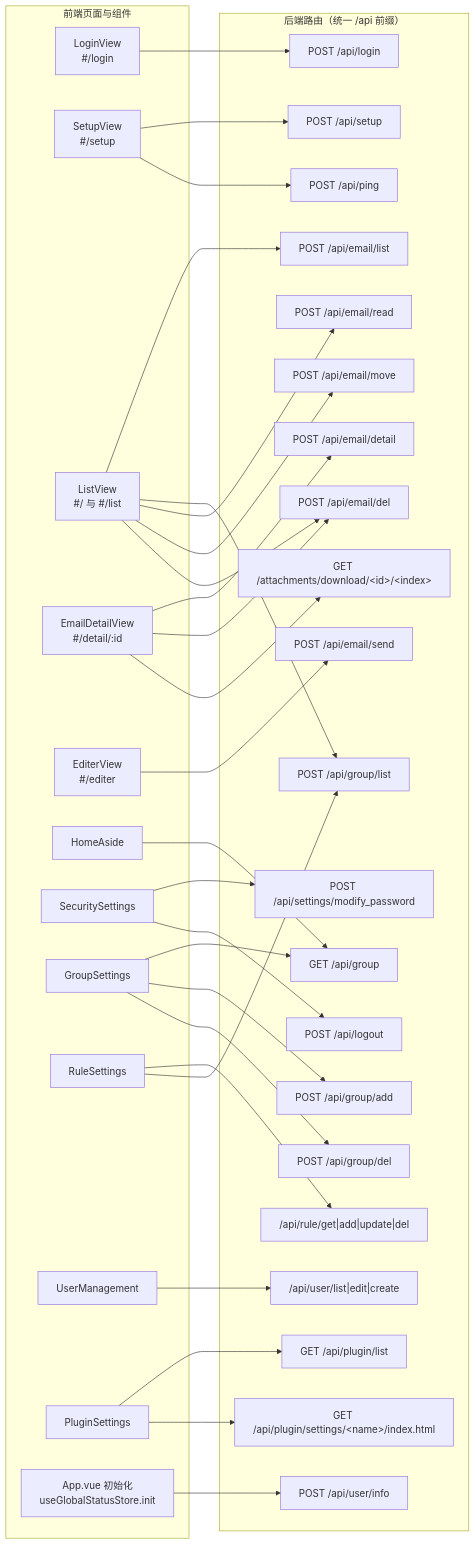
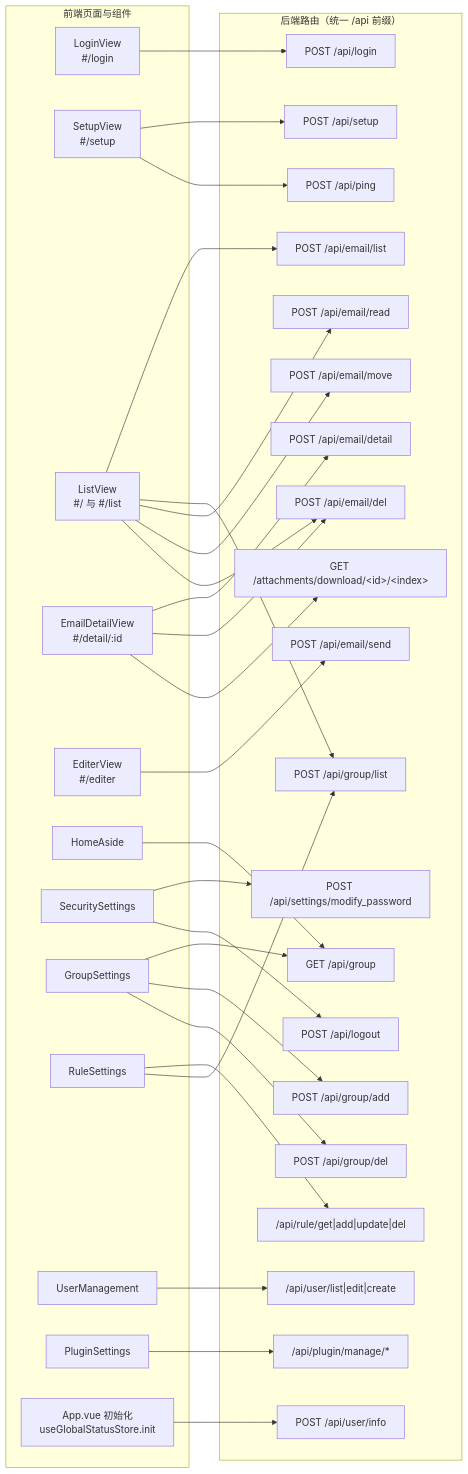
The diagram in docs/功能/06-前端应用.md (bambuo/PMail), drawn with Mermaid before and after one commit. The commit also changed other lines of this file and 80 other files, not shown here.

````diff
--- a/docs/功能/06-前端应用.md
+++ b/docs/功能/06-前端应用.md
@@ -157,66 +157,64 @@
 ```mermaid
 flowchart LR
   subgraph FE["前端页面与组件"]
     login["LoginView<br/>#/login"]
     setup["SetupView<br/>#/setup"]
     list["ListView<br/>#/ 与 #/list"]
     detail["EmailDetailView<br/>#/detail/:id"]
     editor["EditerView<br/>#/editer"]
     aside["HomeAside"]
     sec["SecuritySettings"]
     grp["GroupSettings"]
     rule["RuleSettings"]
     um["UserManagement"]
     plug["PluginSettings"]
     app["App.vue 初始化<br/>useGlobalStatusStore.init"]
   end
 
   subgraph API["后端路由（统一 /api 前缀）"]
     a_login["POST /api/login"]
     a_setup["POST /api/setup"]
     a_ping["POST /api/ping"]
     a_info["POST /api/user/info"]
     a_logout["POST /api/logout"]
     a_elist["POST /api/email/list"]
     a_edetail["POST /api/email/detail"]
     a_esend["POST /api/email/send"]
     a_eread["POST /api/email/read"]
     a_emove["POST /api/email/move"]
     a_edel["POST /api/email/del"]
     a_group["GET /api/group"]
     a_grouplist["POST /api/group/list"]
     a_groupadd["POST /api/group/add"]
     a_groupdel["POST /api/group/del"]
     a_rule["/api/rule/get|add|update|del"]
     a_pwd["POST /api/settings/modify_password"]
     a_user["/api/user/list|edit|create"]
-    a_plugin["GET /api/plugin/list"]
-    a_pluginset["GET /api/plugin/settings/&lt;name&gt;/index.html"]
+    a_plugin["/api/plugin/manage/*"]
     a_attach["GET /attachments/download/&lt;id&gt;/&lt;index&gt;"]
   end
 
   login --> a_login
   setup --> a_setup
   setup --> a_ping
   app --> a_info
   list --> a_elist
   list --> a_grouplist
   list --> a_eread
   list --> a_emove
   list --> a_edel
   detail --> a_edetail
   detail --> a_edel
   detail --> a_attach
   editor --> a_esend
   aside --> a_group
   sec --> a_pwd
   sec --> a_logout
   grp --> a_group
   grp --> a_groupadd
   grp --> a_groupdel
   rule --> a_rule
   rule --> a_grouplist
   um --> a_user
   plug --> a_plugin
-  plug --> a_pluginset
 ```
````
